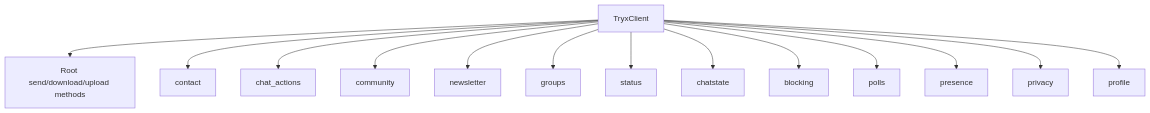
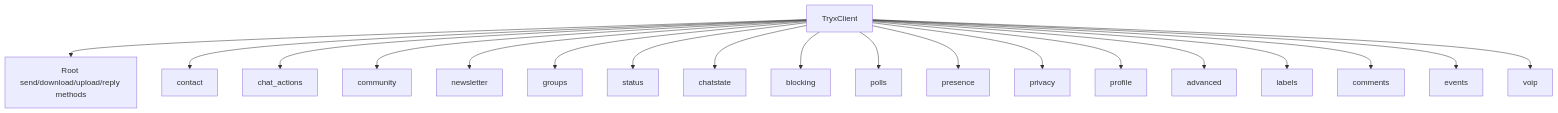
One commit to krypton-byte/tryx changed the diagram in docs/api/client.md. Above: the diagram before and after it, drawn with Mermaid. The commit also changed other lines of this file and 51 other files, not shown here.

````diff
--- a/docs/api/client.md
+++ b/docs/api/client.md
@@ -21,16 +21,21 @@
 ```mermaid
 flowchart TD
-    A[TryxClient] --> B[Root send/download/upload methods]
+    A[TryxClient] --> B[Root send/download/upload/reply methods]
     A --> C[contact]
     A --> D[chat_actions]
     A --> E[community]
     A --> F[newsletter]
     A --> G[groups]
     A --> H[status]
     A --> I[chatstate]
     A --> J[blocking]
     A --> K[polls]
     A --> L[presence]
     A --> M[privacy]
     A --> N[profile]
+    A --> O[advanced]
+    A --> P[labels]
+    A --> Q[comments]
+    A --> R[events]
+    A --> S[voip]
 ```
````
